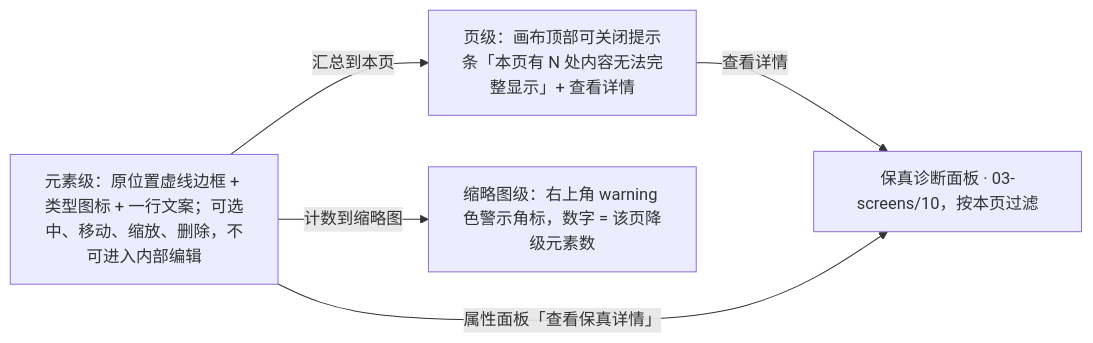
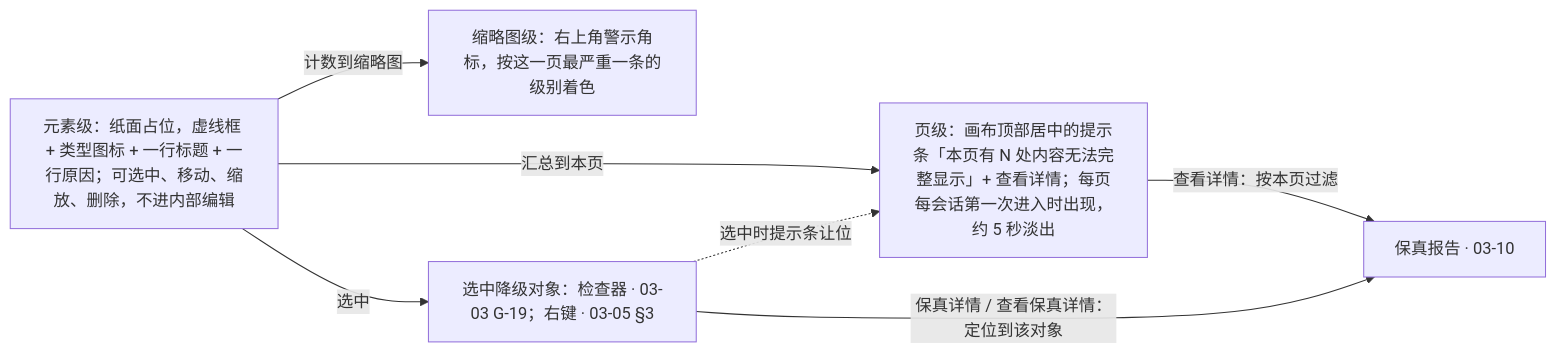
One commit to Xeonice/cordis-ppt-editor changed the second of 3 diagrams in docs/20-design/03-screens/13-import-progress-and-degraded-states.md. Above: the diagram before and after it, drawn with Mermaid. The commit also changed other lines of this file and 44 other files, not shown here.

````diff
--- a/docs/20-design/03-screens/13-import-progress-and-degraded-states.md
+++ b/docs/20-design/03-screens/13-import-progress-and-degraded-states.md
@@ -142,11 +290,14 @@
 ```mermaid
 flowchart LR
-  el["元素级：原位置虚线边框 + 类型图标 + 一行文案；可选中、移动、缩放、删除，不可进入内部编辑"]
-  pg["页级：画布顶部可关闭提示条「本页有 N 处内容无法完整显示」+ 查看详情"]
-  th["缩略图级：右上角 warning 色警示角标，数字 = 该页降级元素数"]
-  panel["保真诊断面板 · 03-screens/10，按本页过滤"]
+  el["元素级：纸面占位，虚线框 + 类型图标 + 一行标题 + 一行原因；可选中、移动、缩放、删除，不进内部编辑"]
+  pg["页级：画布顶部居中的提示条「本页有 N 处内容无法完整显示」+ 查看详情；每页每会话第一次进入时出现，约 5 秒淡出"]
+  th["缩略图级：右上角警示角标，按这一页最严重一条的级别着色"]
+  sel["选中降级对象：检查器 · 03-03 G-19；右键 · 03-05 §3"]
+  panel["保真报告 · 03-10"]
   el -->|"汇总到本页"| pg
   el -->|"计数到缩略图"| th
-  pg -->|"查看详情"| panel
-  el -->|"属性面板「查看保真详情」"| panel
+  el -->|"选中"| sel
+  sel -.->|"选中时提示条让位"| pg
+  pg -->|"查看详情：按本页过滤"| panel
+  sel -->|"保真详情 / 查看保真详情：定位到该对象"| panel
 ```
````
